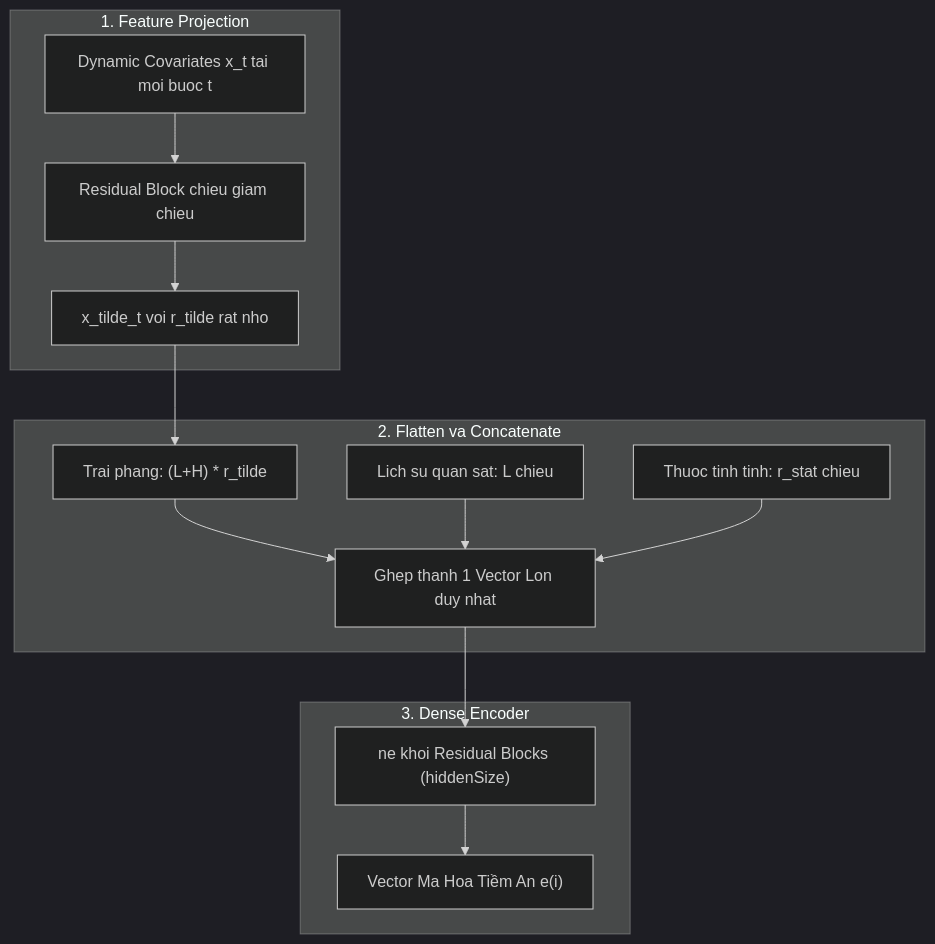
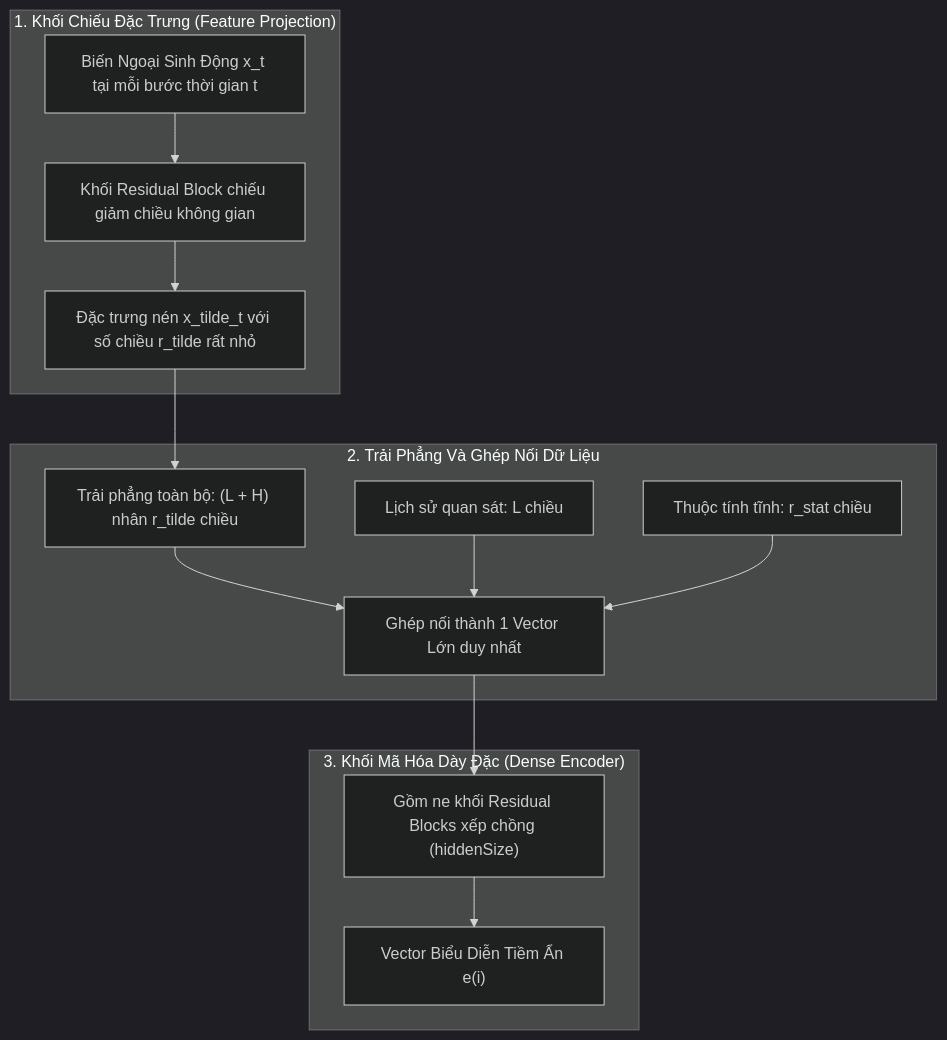
The second of 3 diagrams in doc/04_model_architecture.md (snowflake-vibing/Project-Experimental-TiDE), drawn with Mermaid (dark theme) before and after one commit. The commit also changed other lines of this file and 4 other files, not shown here.

Commit message:
docs: add glossary/RULE.md, ensure 100% accented Vietnamese in all Mermaid diagrams and Feynman glossary

````diff
--- a/doc/04_model_architecture.md
+++ b/doc/04_model_architecture.md
@@ -52,28 +52,28 @@
 ```mermaid
 flowchart TD
-    subgraph S1 [1. Feature Projection]
-        X["Dynamic Covariates x_t tai moi buoc t"]
-        RB_FP["Residual Block chieu giam chieu"]
-        X_tilde["x_tilde_t voi r_tilde rat nho"]
+    subgraph S1 ["1. Khối Chiếu Đặc Trưng (Feature Projection)"]
+        X["Biến Ngoại Sinh Động x_t tại mỗi bước thời gian t"]
+        RB_FP["Khối Residual Block chiếu giảm chiều không gian"]
+        X_tilde["Đặc trưng nén x_tilde_t với số chiều r_tilde rất nhỏ"]
         X --> RB_FP
         RB_FP --> X_tilde
     end
 
-    subgraph S2 [2. Flatten va Concatenate]
-        FlatX["Trai phang: (L+H) * r_tilde"]
-        FlatY["Lich su quan sat: L chieu"]
-        FlatA["Thuoc tinh tinh: r_stat chieu"]
-        ConcatAll["Ghep thanh 1 Vector Lon duy nhat"]
+    subgraph S2 ["2. Trải Phẳng Và Ghép Nối Dữ Liệu"]
+        FlatX["Trải phẳng toàn bộ: (L + H) nhân r_tilde chiều"]
+        FlatY["Lịch sử quan sát: L chiều"]
+        FlatA["Thuộc tính tĩnh: r_stat chiều"]
+        ConcatAll["Ghép nối thành 1 Vector Lớn duy nhất"]
         X_tilde --> FlatX
         FlatX --> ConcatAll
         FlatY --> ConcatAll
         FlatA --> ConcatAll
     end
 
-    subgraph S3 [3. Dense Encoder]
-        EncBlocks["ne khoi Residual Blocks (hiddenSize)"]
-        Latent["Vector Ma Hoa Tiềm An e(i)"]
+    subgraph S3 ["3. Khối Mã Hóa Dày Đặc (Dense Encoder)"]
+        EncBlocks["Gồm ne khối Residual Blocks xếp chồng (hiddenSize)"]
+        Latent["Vector Biểu Diễn Tiềm Ẩn e(i)"]
         ConcatAll --> EncBlocks
         EncBlocks --> Latent
     end
 ```
````
